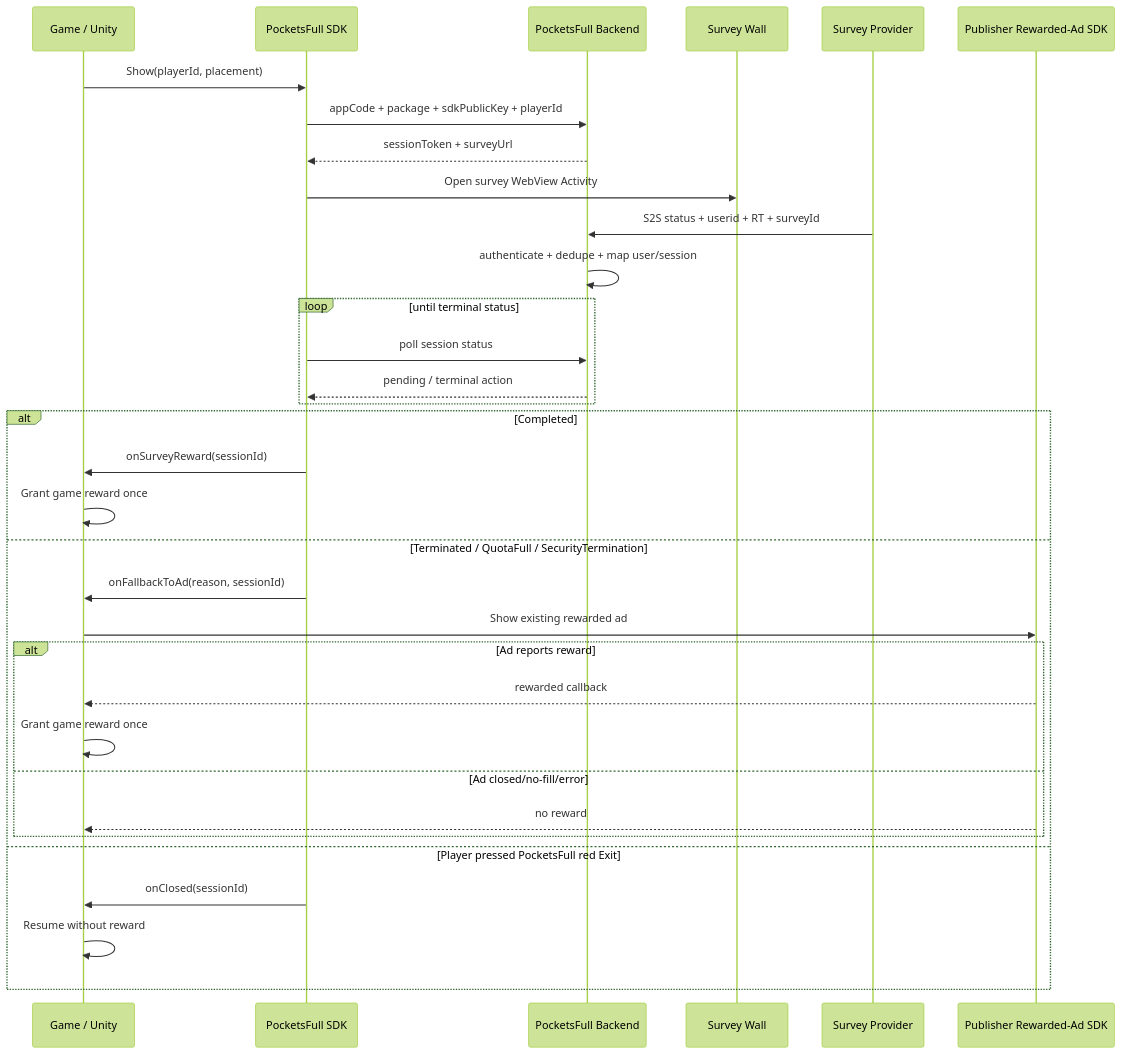
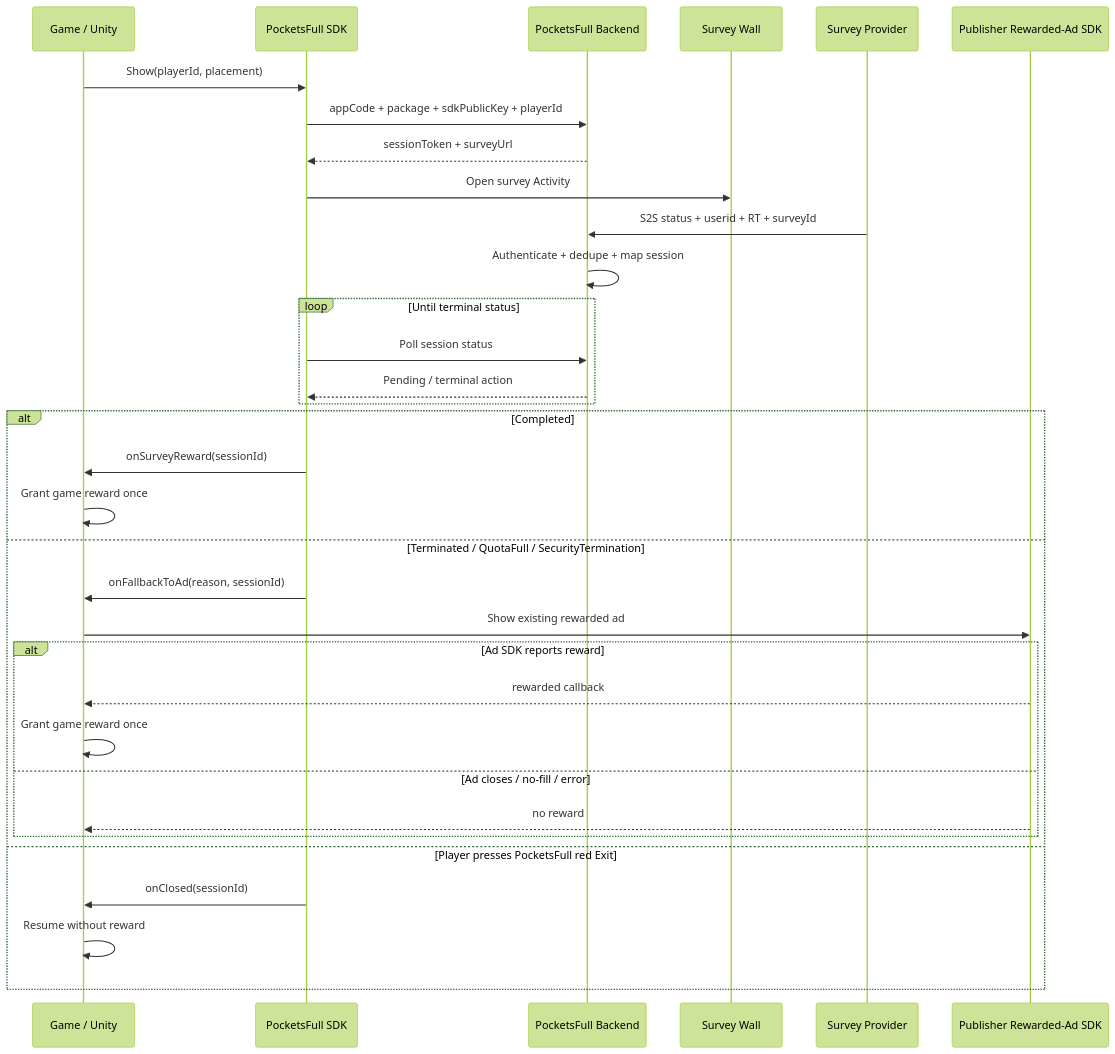
The second of 2 diagrams in README.md (baali1994/pocketsfull-monetize-sdk), drawn with Mermaid (forest theme) before and after one commit. The commit also changed other lines of this file, not shown here.

Commit message:
Polish README and public integration diagrams

````diff
--- a/README.md
+++ b/README.md
@@ -49,37 +55,37 @@
 ```mermaid
 sequenceDiagram
     participant G as Game / Unity
     participant S as PocketsFull SDK
     participant B as PocketsFull Backend
     participant W as Survey Wall
     participant P as Survey Provider
     participant A as Publisher Rewarded-Ad SDK
 
     G->>S: Show(playerId, placement)
     S->>B: appCode + package + sdkPublicKey + playerId
     B-->>S: sessionToken + surveyUrl
-    S->>W: Open survey WebView Activity
+    S->>W: Open survey Activity
     P->>B: S2S status + userid + RT + surveyId
-    B->>B: authenticate + dedupe + map user/session
-    loop until terminal status
-        S->>B: poll session status
-        B-->>S: pending / terminal action
+    B->>B: Authenticate + dedupe + map session
+    loop Until terminal status
+        S->>B: Poll session status
+        B-->>S: Pending / terminal action
     end
 
     alt Completed
         S->>G: onSurveyReward(sessionId)
         G->>G: Grant game reward once
     else Terminated / QuotaFull / SecurityTermination
         S->>G: onFallbackToAd(reason, sessionId)
         G->>A: Show existing rewarded ad
-        alt Ad reports reward
+        alt Ad SDK reports reward
             A-->>G: rewarded callback
             G->>G: Grant game reward once
-        else Ad closed/no-fill/error
+        else Ad closes / no-fill / error
             A-->>G: no reward
         end
-    else Player pressed PocketsFull red Exit
+    else Player presses PocketsFull red Exit
         S->>G: onClosed(sessionId)
         G->>G: Resume without reward
     end
 ```
````
